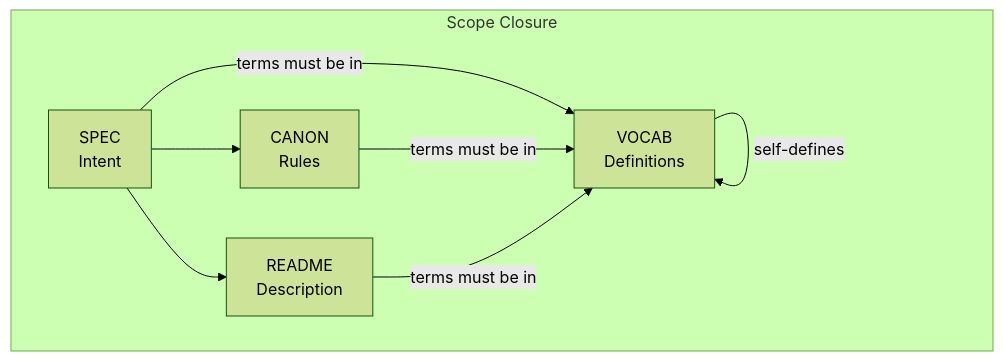
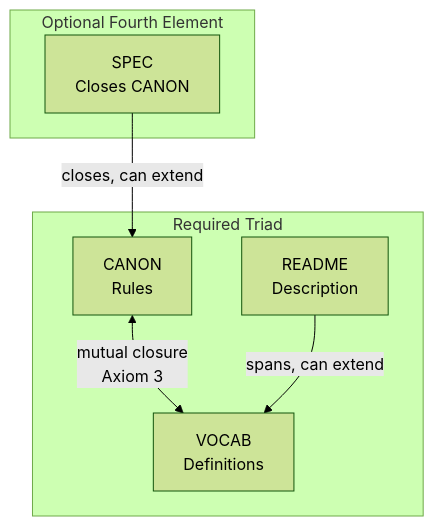
One commit to canonic-machine/paper changed the first of 4 diagrams in manuscript.md. Above: the diagram before and after it, drawn with Mermaid (forest theme). The commit also changed other lines of this file, not shown here.

Commit message:
PAPER: correct SPEC closure model in core narrative (IDF-116)
Update mermaid diagram to show four-element model.
SPEC closes CANON (not constrained by VOCAB).
Add SPEC closure drift disclosure to Limitations.
Manuscript drift per CANON Axiom 18.

````diff
--- a/manuscript.md
+++ b/manuscript.md
@@ -59,16 +59,16 @@
 ```mermaid
 flowchart TB
-    subgraph Closure[Scope Closure]
-        SPEC[SPEC<br/>Intent]
+    subgraph Triad[Required Triad]
         CANON[CANON<br/>Rules]
         VOCAB[VOCAB<br/>Definitions]
         README[README<br/>Description]
     end
 
-    SPEC -->|terms must be in| VOCAB
-    SPEC --> CANON
-    SPEC --> README
-    CANON -->|terms must be in| VOCAB
-    README -->|terms must be in| VOCAB
-    VOCAB -->|self-defines| VOCAB
+    subgraph Optional[Optional Fourth Element]
+        SPEC[SPEC<br/>Closes CANON]
+    end
+
+    CANON <-->|mutual closure<br/>Axiom 3| VOCAB
+    README -->|spans, can extend| VOCAB
+    SPEC -->|closes, can extend| CANON
 ```
````
